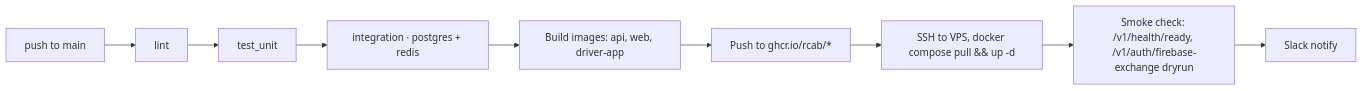
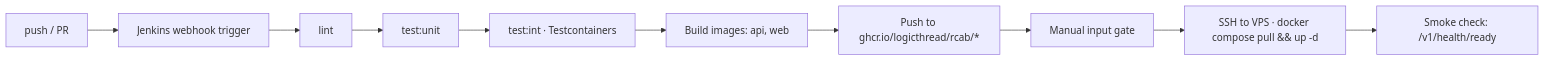
One commit to logicthread/rcab changed the diagram in 80-infrastructure/ci-cd.md. Above: the diagram before and after it, drawn with Mermaid. The commit also changed other lines of this file and 8 other files, not shown here.

First line of the commit message:
feat(ci): RCAB-E1.S5 — dockerized Jenkins replaces GitHub Actions

````diff
--- a/80-infrastructure/ci-cd.md
+++ b/80-infrastructure/ci-cd.md
@@ -17,11 +17,12 @@
 ```mermaid
 flowchart LR
-  push[push to main] --> lint
-  lint --> test_unit
-  test_unit --> test_int[integration · postgres + redis]
-  test_int --> build[Build images: api, web, driver-app]
-  build --> push_reg[Push to ghcr.io/rcab/*]
-  push_reg --> deploy[SSH to VPS, docker compose pull && up -d]
-  deploy --> smoke[Smoke check: /v1/health/ready, /v1/auth/firebase-exchange dryrun]
-  smoke --> notify[Slack notify]
+  push[push / PR] --> jenkins[Jenkins webhook trigger]
+  jenkins --> lint
+  lint --> test_unit[test:unit]
+  test_unit --> test_int[test:int · Testcontainers]
+  test_int --> build[Build images: api, web]
+  build --> push_reg[Push to ghcr.io/logicthread/rcab/*]
+  push_reg --> gate[Manual input gate]
+  gate --> deploy[SSH to VPS · docker compose pull && up -d]
+  deploy --> smoke[Smoke check: /v1/health/ready]
 ```
````
